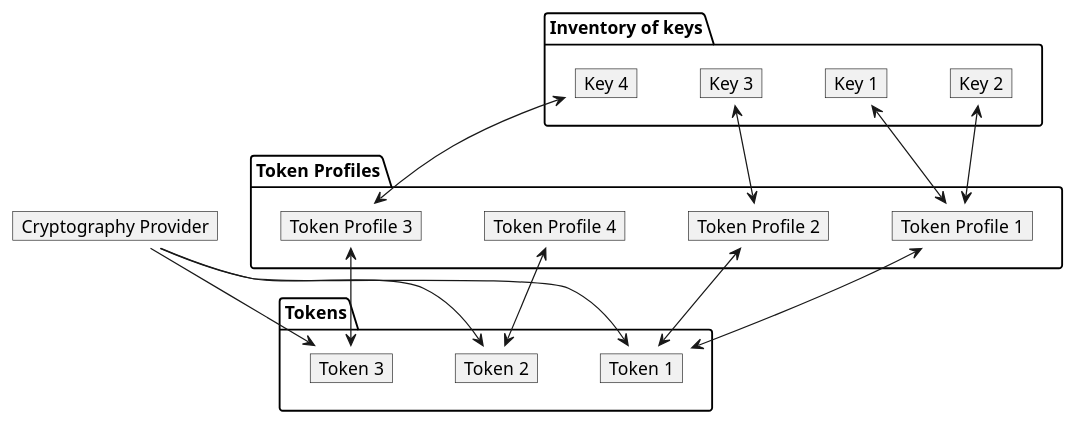
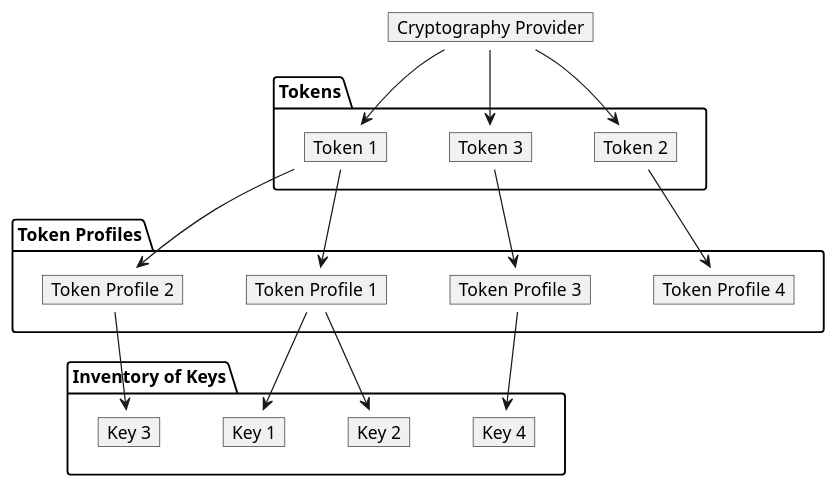
Before and after one commit to CZERTAINLY/CZERTAINLY-Documentation: the first of 9 diagrams in docs/12-connectors/05-description/35-cryptography-provider.md, drawn with PlantUML. The commit also changed other lines of this file, not shown here.

````diff
--- a/docs/12-connectors/05-description/35-cryptography-provider.md
+++ b/docs/12-connectors/05-description/35-cryptography-provider.md
@@ -50,48 +50,50 @@
 ```plantuml
+top to bottom direction
+
 map "Cryptography Provider" as cp {
 }
 
 package "Tokens" {
     map "Token 1" as t1 {
     }
     map "Token 2" as t2 {
     }
     map "Token 3" as t3 {
     }
 }
 
 
 package "Token Profiles" as tps {
     map "Token Profile 1" as tp1 {
     }
     map "Token Profile 2" as tp2 {
     }
     map "Token Profile 3" as tp3 {
     }
     map "Token Profile 4" as tp4 {
     }
 }
 
-package "Inventory of keys" {
+package "Inventory of Keys" {
     map "Key 1" as k1 {
     }
     map "Key 2" as k2 {
     }
     map "Key 3" as k3 {
     }
     map "Key 4" as k4 {
     }
 }
 
-cp --> t1
-cp --> t2
-cp --> t3
-tp1 <-> t1
-tp2 <--> t1
-tp3 <--> t3
-tp4 <--> t2
-k1 <--> tp1
-k2 <--> tp1
-k3 <--> tp2
-k4 <--> tp3
+cp -d-> t1
+cp -d-> t2
+cp -d-> t3
+tp1 <-u- t1
+tp2 <-u- t1
+tp3 <-u- t3
+tp4 <-u- t2
+k1 <-u- tp1
+k2 <-u- tp1
+k3 <-u- tp2
+k4 <-u- tp3
 ```
````
